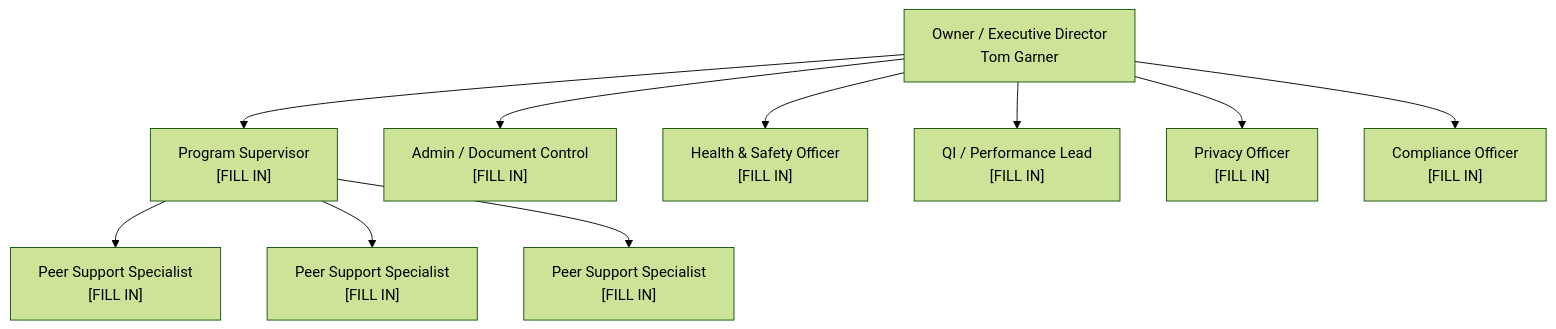
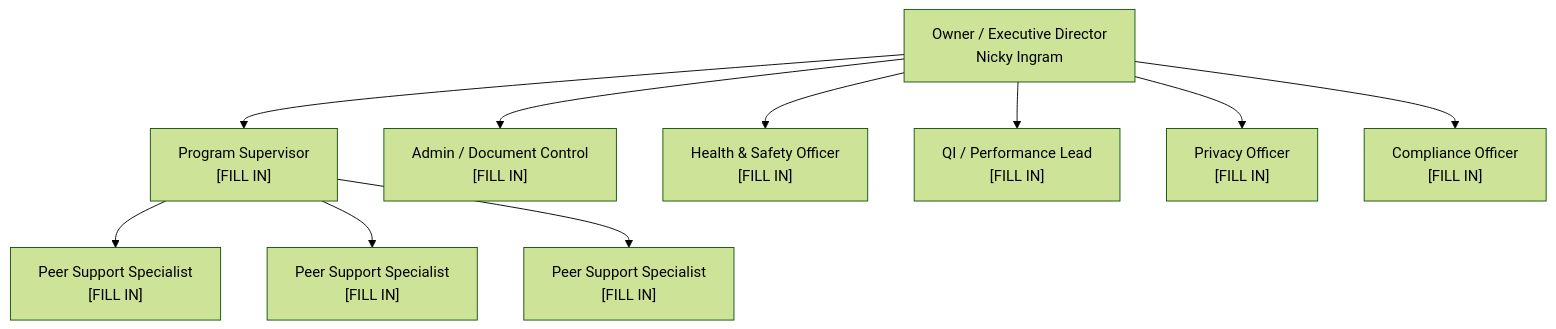
The diagram in .claude/skills/carf-peer-support-accreditation/providers/prayers-of-care/binder/ORG-01_Organizational_Chart.md (garnertom6-del/phonebot), drawn with Mermaid (forest theme) before and after one commit. The commit also changed other lines of this file and 7 other files, not shown here.

````diff
--- a/.claude/skills/carf-peer-support-accreditation/providers/prayers-of-care/binder/ORG-01_Organizational_Chart.md
+++ b/.claude/skills/carf-peer-support-accreditation/providers/prayers-of-care/binder/ORG-01_Organizational_Chart.md
@@ -93,23 +96,23 @@
 ```mermaid
 flowchart TD
-  ED["Owner / Executive Director<br/>Tom Garner"]
+  ED["Owner / Executive Director<br/>Nicky Ingram"]
   PS["Program Supervisor<br/>[FILL IN]"]
   PSS1["Peer Support Specialist<br/>[FILL IN]"]
   PSS2["Peer Support Specialist<br/>[FILL IN]"]
   PSS3["Peer Support Specialist<br/>[FILL IN]"]
   ADM["Admin / Document Control<br/>[FILL IN]"]
   HS["Health &amp; Safety Officer<br/>[FILL IN]"]
   QI["QI / Performance Lead<br/>[FILL IN]"]
   PRIV["Privacy Officer<br/>[FILL IN]"]
   COMP["Compliance Officer<br/>[FILL IN]"]
 
   ED --> PS
   ED --> ADM
   ED --> HS
   ED --> QI
   ED --> PRIV
   ED --> COMP
   PS --> PSS1
   PS --> PSS2
   PS --> PSS3
 ```
````
